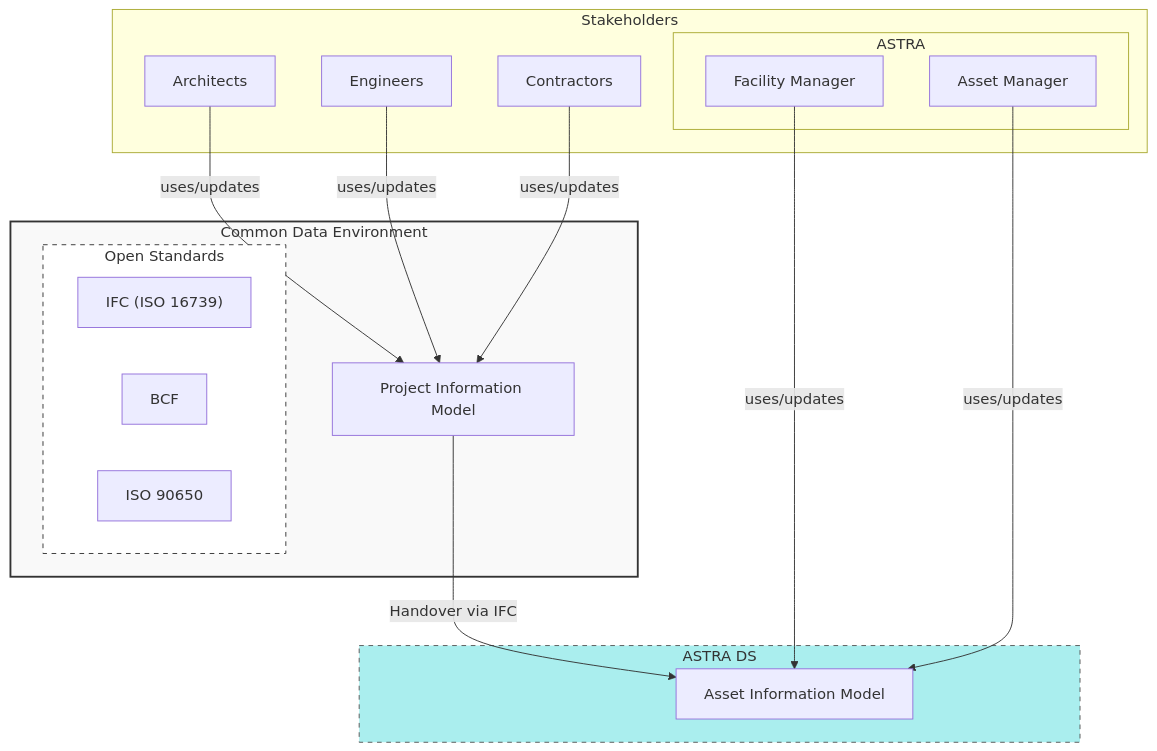
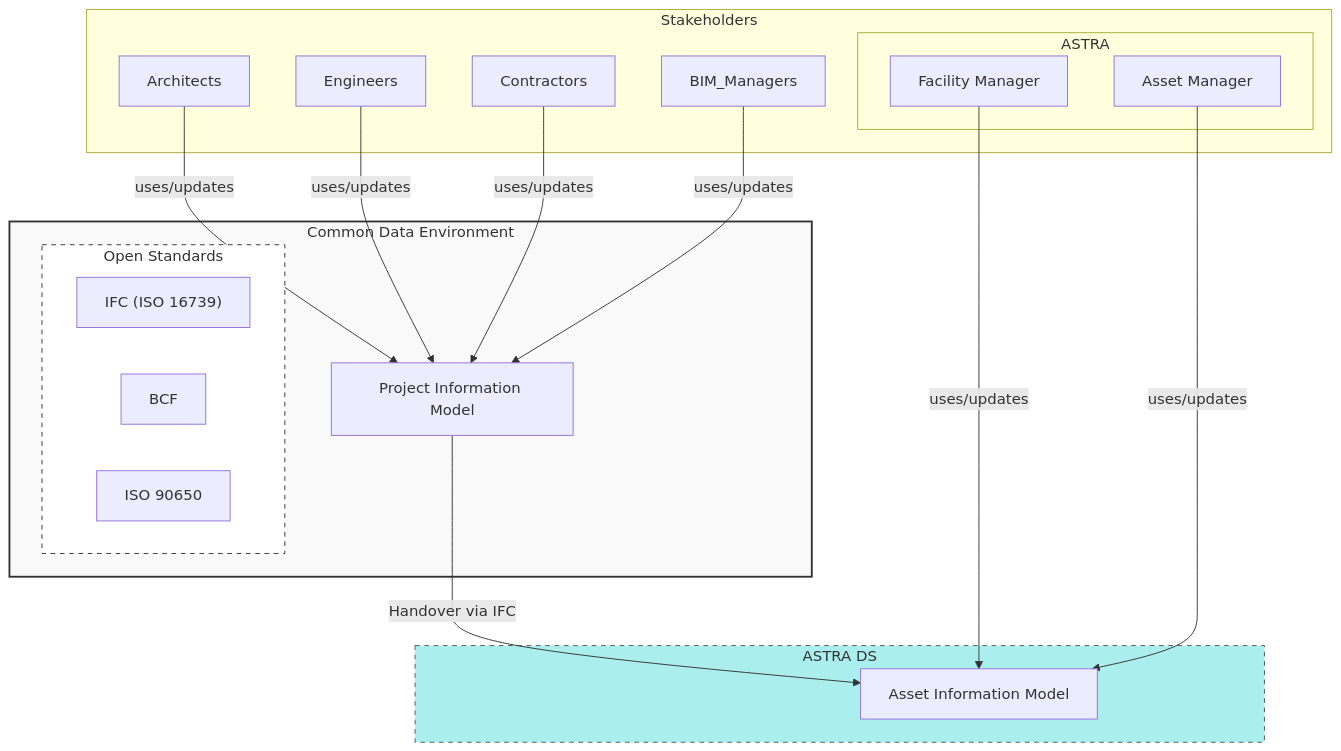
One commit to NikolayBorissovASTRA/bim changed the second of 2 diagrams in processes/pim_aim.md. Above: the diagram before and after it, drawn with Mermaid.

`````diff
--- a/processes/pim_aim.md
+++ b/processes/pim_aim.md
@@ -59,40 +59,42 @@
 ````mermaid
 graph TD
     subgraph Stakeholders
         Architects;
         Engineers;
         Contractors;
+        BIM_Managers;
         subgraph Owner/Operator [ASTRA]
             FacilityManager[Facility Manager];
             AssetManager[Asset Manager];
         end
     end
 
     subgraph CDE [Common Data Environment]
         PIM[Project Information Model];
 
         subgraph DataFormats [Open Standards]
             IFC["IFC (ISO 16739)"];
             BCF[BCF];
             SN_EN_ISO[ISO 90650];
         end
     end
 
     subgraph ASTRADS [ASTRA DS]
         AIM[Asset Information Model];
     end
 
     Architects -- uses/updates --> PIM;
     Engineers -- uses/updates --> PIM;
     Contractors -- uses/updates --> PIM;
+    BIM_Managers -- uses/updates --> PIM;
 
     PIM -- Handover via IFC --> AIM;
 
     FacilityManager -- uses/updates --> AIM;
     AssetManager -- uses/updates --> AIM;
 
     style CDE fill:#f9f9f9,stroke:#333,stroke-width:2px
     style DataFormats fill:#fff,stroke:#333,stroke-width:1px,stroke-dasharray: 5 5
     style ASTRADS fill:#aee,stroke:#555,stroke-width:1px,stroke-dasharray: 5 5
 
 ````
`````
